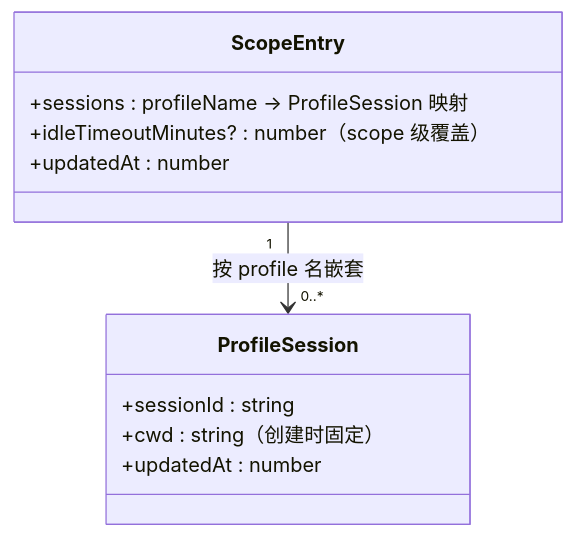
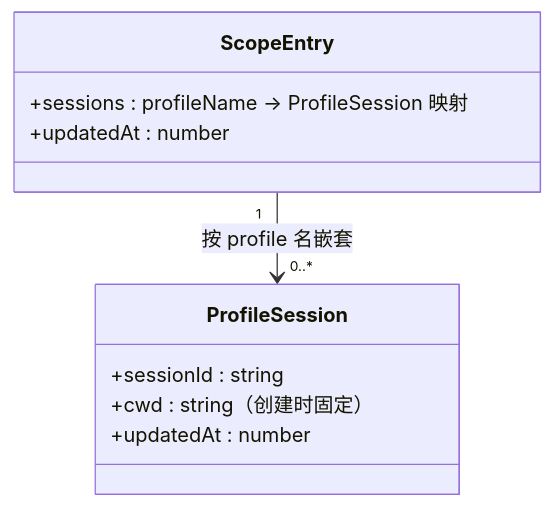
Before and after one commit to sorphwer/feishu-omp-bridge: the fourth of 4 diagrams in how-it-works/01-overview-and-architecture.md, drawn with Mermaid. The commit also changed other lines of this file and 15 other files, not shown here.

````diff
--- a/how-it-works/01-overview-and-architecture.md
+++ b/how-it-works/01-overview-and-architecture.md
@@ -137,14 +137,13 @@
 ```mermaid
 classDiagram
   class ScopeEntry {
     +sessions : profileName → ProfileSession 映射
-    +idleTimeoutMinutes? : number（scope 级覆盖）
     +updatedAt : number
   }
   class ProfileSession {
     +sessionId : string
     +cwd : string（创建时固定）
     +updatedAt : number
   }
   ScopeEntry "1" --> "0..*" ProfileSession : 按 profile 名嵌套
 ```
````
